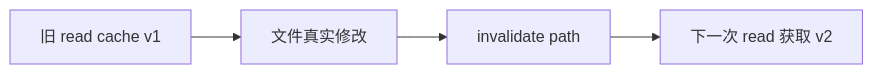
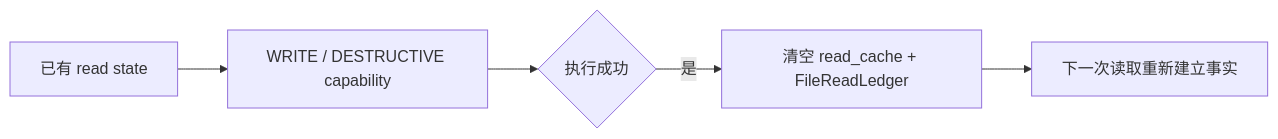
One commit to Arthur999459up/GitAgent changed diagram 15 of 18 in docs/10-context-governance-and-read-state.md. Above: the diagram before and after it, drawn with Mermaid. The commit also changed other lines of this file and 3 other files, not shown here.

````diff
--- a/docs/10-context-governance-and-read-state.md
+++ b/docs/10-context-governance-and-read-state.md
@@ -199,6 +780,7 @@
 ```mermaid
 flowchart LR
-    C[旧 read cache v1] --> W[文件真实修改]
-    W --> I[invalidate path]
-    I --> N[下一次 read 获取 v2]
+    R[已有 read state] --> W[WRITE / DESTRUCTIVE capability]
+    W --> S{执行成功}
+    S -->|是| C[清空 read_cache + FileReadLedger]
+    C --> N[下一次读取重新建立事实]
 ```
````
